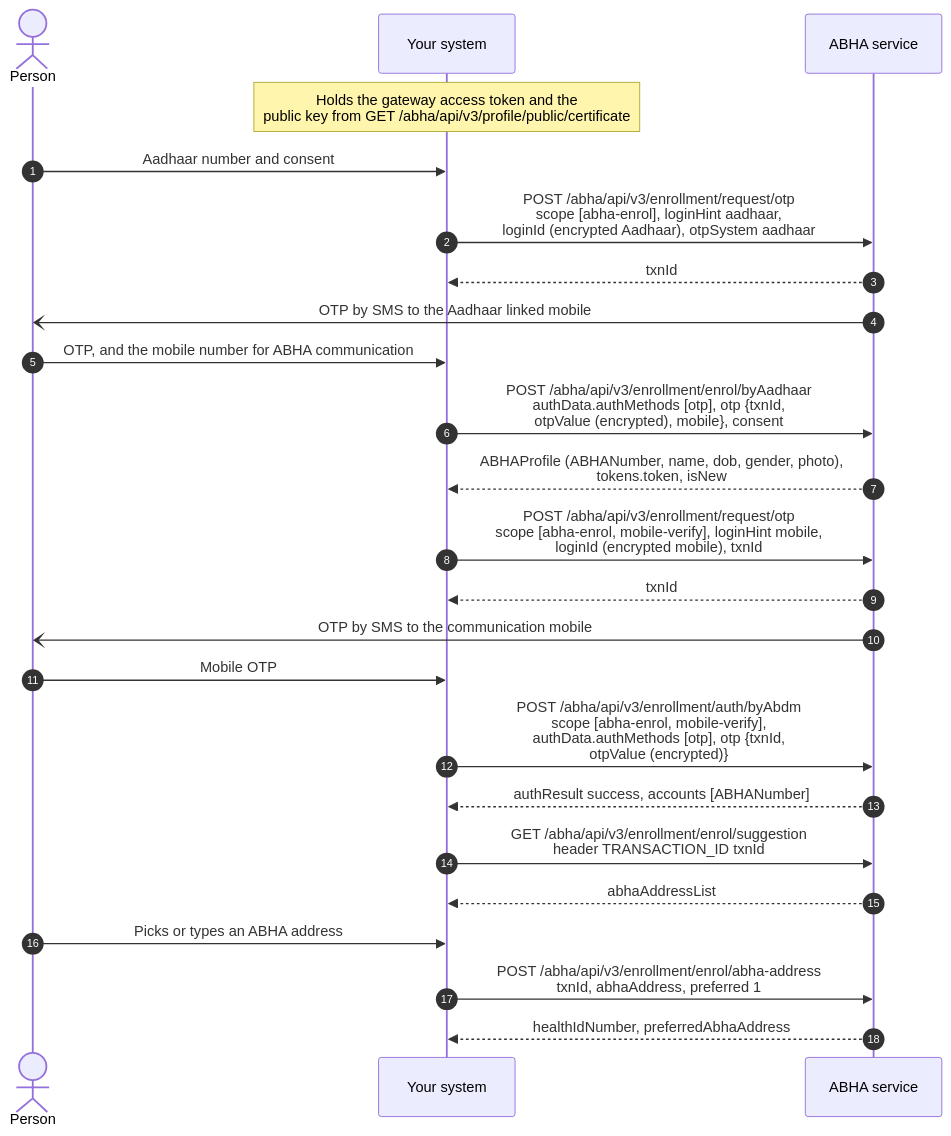
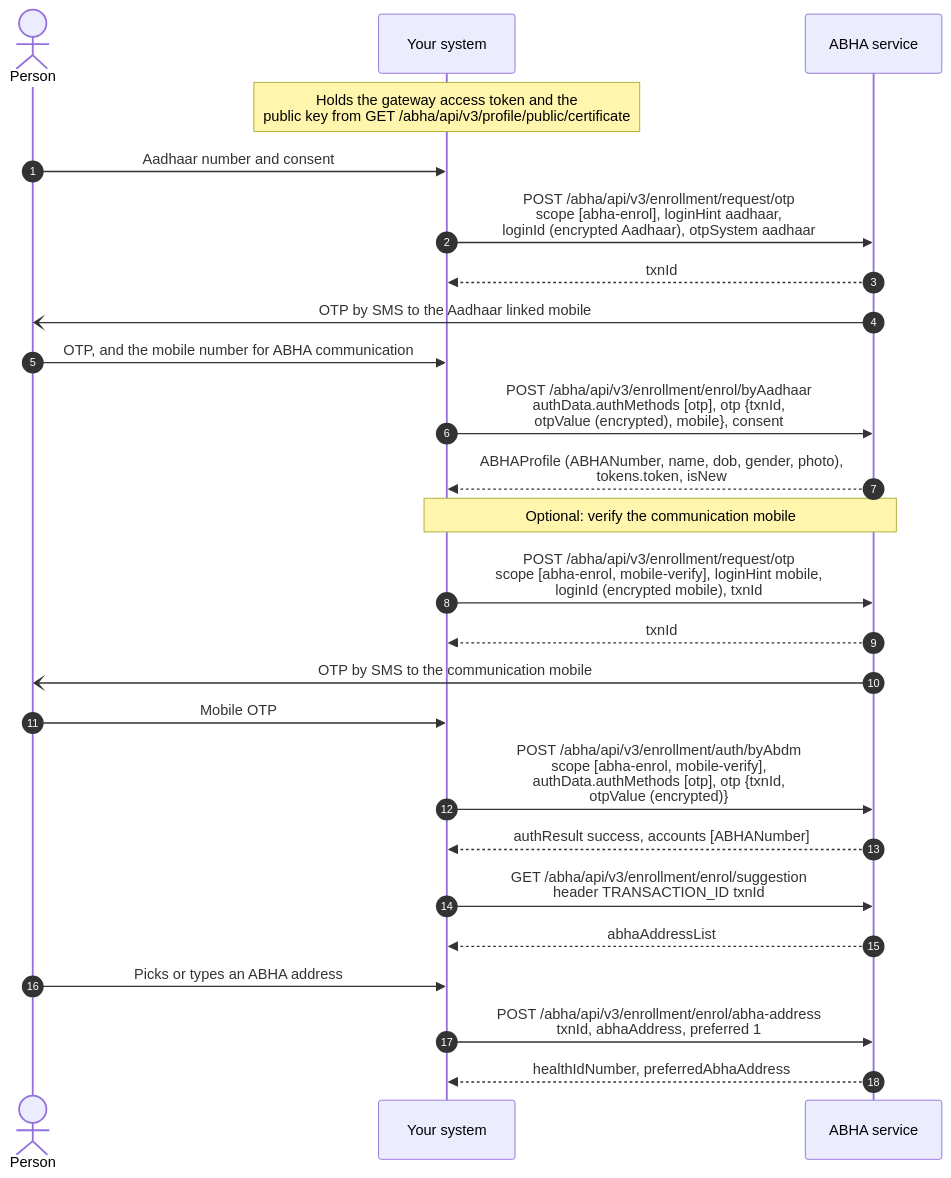
Before and after one commit to nha-in/docs: the first of 6 diagrams in site/docs/hiecm/v3/milestones/m1.mdx, drawn with Mermaid. The commit also changed other lines of this file and 30 other files, not shown here.

````diff
--- a/site/docs/hiecm/v3/milestones/m1.mdx
+++ b/site/docs/hiecm/v3/milestones/m1.mdx
@@ -101,26 +101,27 @@
 ```mermaid
 sequenceDiagram
     autonumber
     actor P as Person
     participant S as Your system
     participant A as ABHA service
     Note over S: Holds the gateway access token and the<br/>public key from GET /abha/api/v3/profile/public/certificate
     P->>S: Aadhaar number and consent
     S->>A: POST /abha/api/v3/enrollment/request/otp<br/>scope [abha-enrol], loginHint aadhaar,<br/>loginId (encrypted Aadhaar), otpSystem aadhaar
     A-->>S: txnId
     A-)P: OTP by SMS to the Aadhaar linked mobile
     P->>S: OTP, and the mobile number for ABHA communication
     S->>A: POST /abha/api/v3/enrollment/enrol/byAadhaar<br/>authData.authMethods [otp], otp {txnId,<br/>otpValue (encrypted), mobile}, consent
     A-->>S: ABHAProfile (ABHANumber, name, dob, gender, photo),<br/>tokens.token, isNew
+    Note over S,A: Optional: verify the communication mobile
     S->>A: POST /abha/api/v3/enrollment/request/otp<br/>scope [abha-enrol, mobile-verify], loginHint mobile,<br/>loginId (encrypted mobile), txnId
     A-->>S: txnId
     A-)P: OTP by SMS to the communication mobile
     P->>S: Mobile OTP
     S->>A: POST /abha/api/v3/enrollment/auth/byAbdm<br/>scope [abha-enrol, mobile-verify],<br/>authData.authMethods [otp], otp {txnId,<br/>otpValue (encrypted)}
     A-->>S: authResult success, accounts [ABHANumber]
     S->>A: GET /abha/api/v3/enrollment/enrol/suggestion<br/>header TRANSACTION_ID txnId
     A-->>S: abhaAddressList
     P->>S: Picks or types an ABHA address
     S->>A: POST /abha/api/v3/enrollment/enrol/abha-address<br/>txnId, abhaAddress, preferred 1
     A-->>S: healthIdNumber, preferredAbhaAddress
 ```
````
